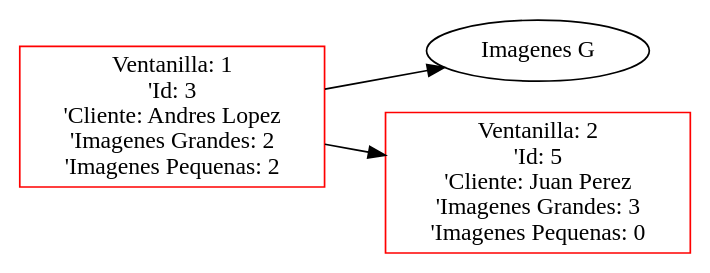
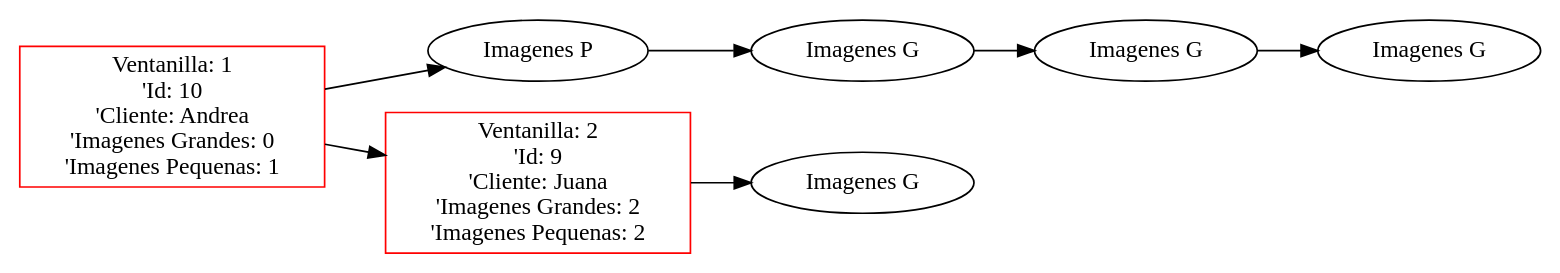
One commit to FranklinONP/EDD_PROYECTO_202200089 changed the diagram in Proyecto1/Proyecto1_202200089/Pruebas/PJ/Ventanilla.dot. Above: the diagram before and after it, drawn with Graphviz. The commit also changed 18 other files, not shown here.

```diff
--- a/Proyecto1/Proyecto1_202200089/Pruebas/PJ/Ventanilla.dot
+++ b/Proyecto1/Proyecto1_202200089/Pruebas/PJ/Ventanilla.dot
@@ -1,8 +1,16 @@
  digraph G {
  rankdir=LR;
- node0 [label="Ventanilla: 1\n'Id: 3\n'Cliente: Andres Lopez\n'Imagenes Grandes: 2\n'Imagenes Pequenas: 2", color="red", shape="rectangle"];
- element00 [label="Imagenes G", shape="ellipse"];
+ node0 [label="Ventanilla: 1\n'Id: 10\n'Cliente: Andrea\n'Imagenes Grandes: 0\n'Imagenes Pequenas: 1", color="red", shape="rectangle"];
+ element00 [label="Imagenes P", shape="ellipse"];
  node0 -> element00 [dir="forward"];
- node1 [label="Ventanilla: 2\n'Id: 5\n'Cliente: Juan Perez\n'Imagenes Grandes: 3\n'Imagenes Pequenas: 0", color="red", shape="rectangle"];
+ element00 -> element01 [dir="forward"];
+ element01 [label="Imagenes G", shape="ellipse"];
+ element01 -> element02 [dir="forward"];
+ element02 [label="Imagenes G", shape="ellipse"];
+ element02 -> element03 [dir="forward"];
+ element03 [label="Imagenes G", shape="ellipse"];
+ node1 [label="Ventanilla: 2\n'Id: 9\n'Cliente: Juana\n'Imagenes Grandes: 2\n'Imagenes Pequenas: 2", color="red", shape="rectangle"];
+ element10 [label="Imagenes G", shape="ellipse"];
+ node1 -> element10 [dir="forward"];
  node0 -> node1 [dir="forward"];
  }
```
